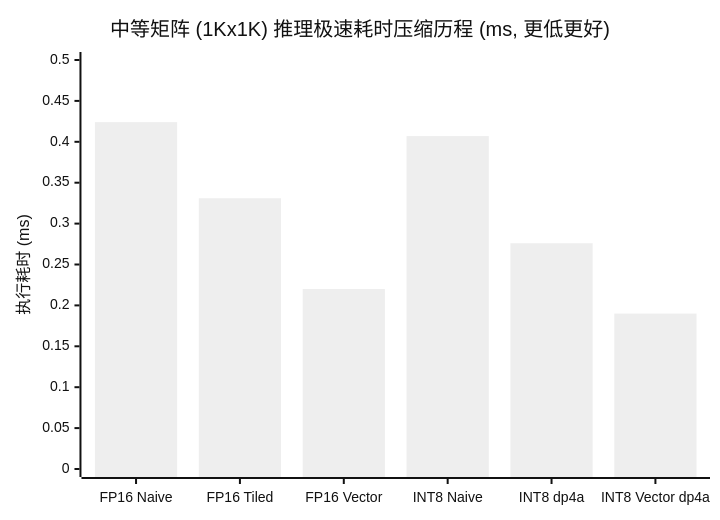
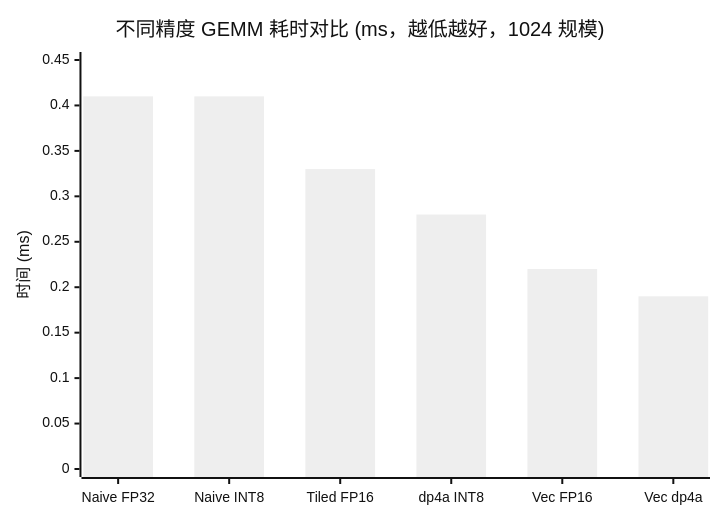
The second of 2 diagrams in 07_Quantization/README.md (psmarter/CUDA-Practice), drawn with Mermaid (neutral theme) before and after one commit. The commit also changed other lines of this file and 14 other files, not shown here.

`````diff
--- a/07_Quantization/README.md
+++ b/07_Quantization/README.md
@@ -178,7 +140,7 @@
-````mermaid
+```mermaid
 xychart-beta
-  title "中等矩阵 (1Kx1K) 推理极速耗时压缩历程 (ms, 更低更好)"
-  x-axis ["FP16 Naive", "FP16 Tiled", "FP16 Vector", "INT8 Naive", "INT8 dp4a", "INT8 Vector dp4a"]
-  y-axis "执行耗时 (ms)" 0 --> 0.5
-  bar [0.424, 0.331, 0.220, 0.407, 0.276, 0.190]
-````
+  title "不同精度 GEMM 耗时对比 (ms，越低越好，1024 规模)"
+  x-axis ["Naive FP32", "Naive INT8", "Tiled FP16", "dp4a INT8", "Vec FP16", "Vec dp4a"]
+  y-axis "时间 (ms)" 0 --> 0.45
+  bar [0.41, 0.41, 0.33, 0.28, 0.22, 0.19]
+```
`````
